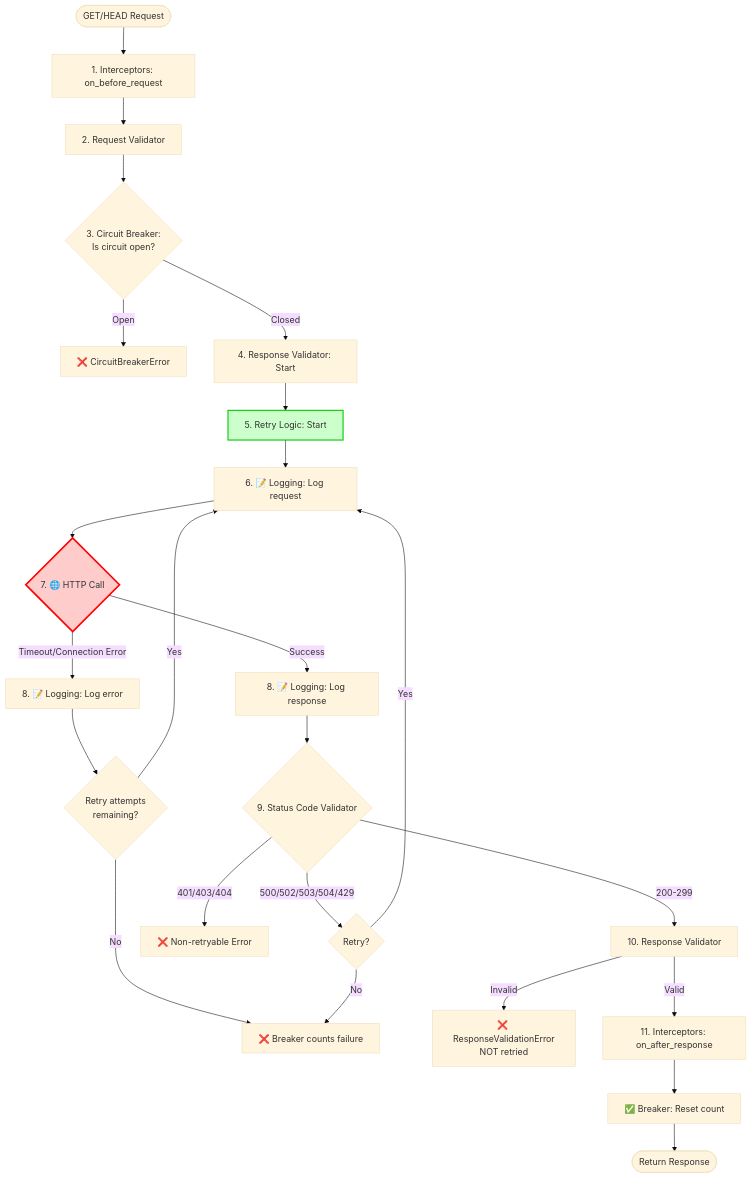
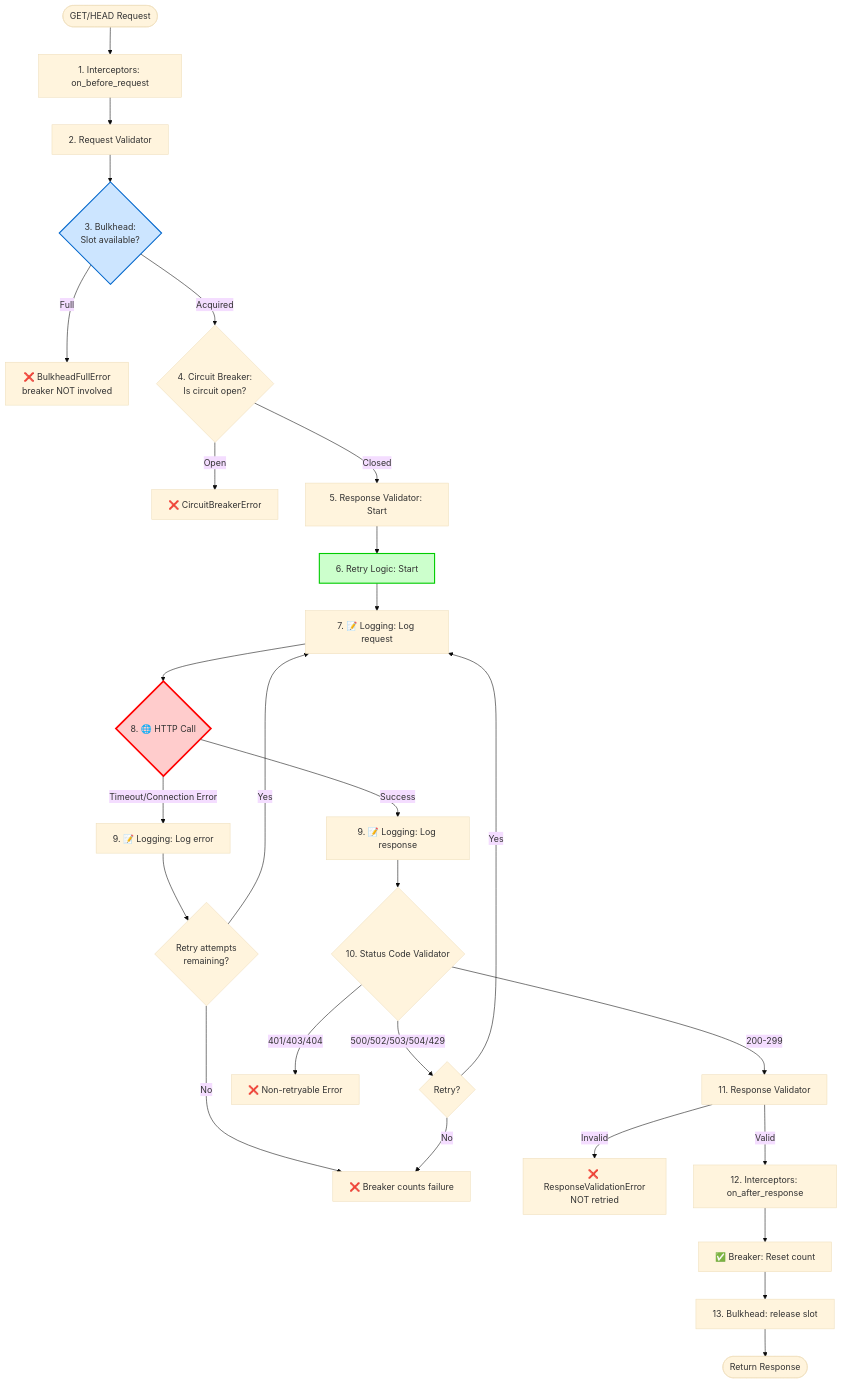
One commit to Milad94/reqlient changed the first of 2 diagrams in README.md. Above: the diagram before and after it, drawn with Mermaid (base theme). The commit also changed other lines of this file, not shown here.

Commit message:
docs: add bulkhead stage to pipeline diagrams
The Read and Write pipeline mermaid diagrams predated the bulkhead. Insert
the Bulkhead decision node (outside the circuit breaker — read: after Request
Validator; write: after Idempotency), renumber downstream steps, add the
release step, and note that retry/breaker/bulkhead are configurable and the
bulkhead is off by default.

````diff
--- a/README.md
+++ b/README.md
@@ -370,29 +376,33 @@
 ```mermaid
 flowchart TD
     Start([GET/HEAD Request]) --> Intercept1[1. Interceptors: on_before_request]
     Intercept1 --> ReqVal[2. Request Validator]
-    ReqVal --> Breaker{3. Circuit Breaker:<br/>Is circuit open?}
+    ReqVal --> Bulkhead{3. Bulkhead:<br/>Slot available?}
+    Bulkhead -->|Full| ErrorBH[❌ BulkheadFullError<br/>breaker NOT involved]
+    Bulkhead -->|Acquired| Breaker{4. Circuit Breaker:<br/>Is circuit open?}
     Breaker -->|Open| Error1[❌ CircuitBreakerError]
-    Breaker -->|Closed| RespVal[4. Response Validator: Start]
-    RespVal --> Retry[5. Retry Logic: Start]
-    Retry --> Log1[6. 📝 Logging: Log request]
-    Log1 --> HTTP{7. 🌐 HTTP Call}
-    HTTP -->|Timeout/Connection Error| Log2err[8. 📝 Logging: Log error]
-    HTTP -->|Success| Log2[8. 📝 Logging: Log response]
+    Breaker -->|Closed| RespVal[5. Response Validator: Start]
+    RespVal --> Retry[6. Retry Logic: Start]
+    Retry --> Log1[7. 📝 Logging: Log request]
+    Log1 --> HTTP{8. 🌐 HTTP Call}
+    HTTP -->|Timeout/Connection Error| Log2err[9. 📝 Logging: Log error]
+    HTTP -->|Success| Log2[9. 📝 Logging: Log response]
     Log2err --> RetryCheck{Retry attempts<br/>remaining?}
     RetryCheck -->|Yes| Log1
     RetryCheck -->|No| BreakerFail[❌ Breaker counts failure]
-    Log2 --> Status{9. Status Code Validator}
+    Log2 --> Status{10. Status Code Validator}
     Status -->|500/502/503/504/429| RetryCheck2{Retry?}
     RetryCheck2 -->|Yes| Log1
     RetryCheck2 -->|No| BreakerFail
     Status -->|401/403/404| NonRetryErr[❌ Non-retryable Error]
-    Status -->|200-299| ValidResp[10. Response Validator]
+    Status -->|200-299| ValidResp[11. Response Validator]
     ValidResp -->|Invalid| RespErr[❌ ResponseValidationError<br/>NOT retried]
-    ValidResp -->|Valid| Intercept2[11. Interceptors: on_after_response]
+    ValidResp -->|Valid| Intercept2[12. Interceptors: on_after_response]
     Intercept2 --> BreakerSuccess[✅ Breaker: Reset count]
-    BreakerSuccess --> Return2([Return Response])
-    
+    BreakerSuccess --> ReleaseBH[13. Bulkhead: release slot]
+    ReleaseBH --> Return2([Return Response])
+
     style HTTP fill:#ffcccc,stroke:#ff0000,stroke-width:3px
     style Retry fill:#ccffcc,stroke:#00cc00,stroke-width:2px
+    style Bulkhead fill:#cce5ff,stroke:#0066cc,stroke-width:2px
 ```
````
